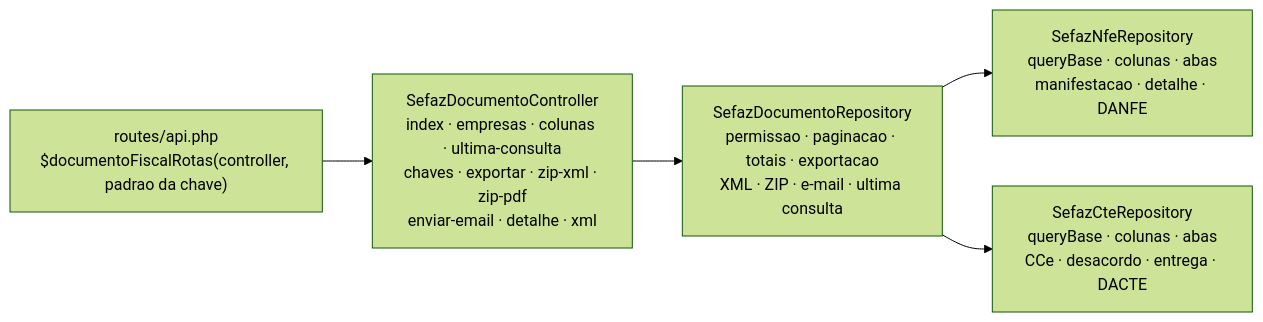
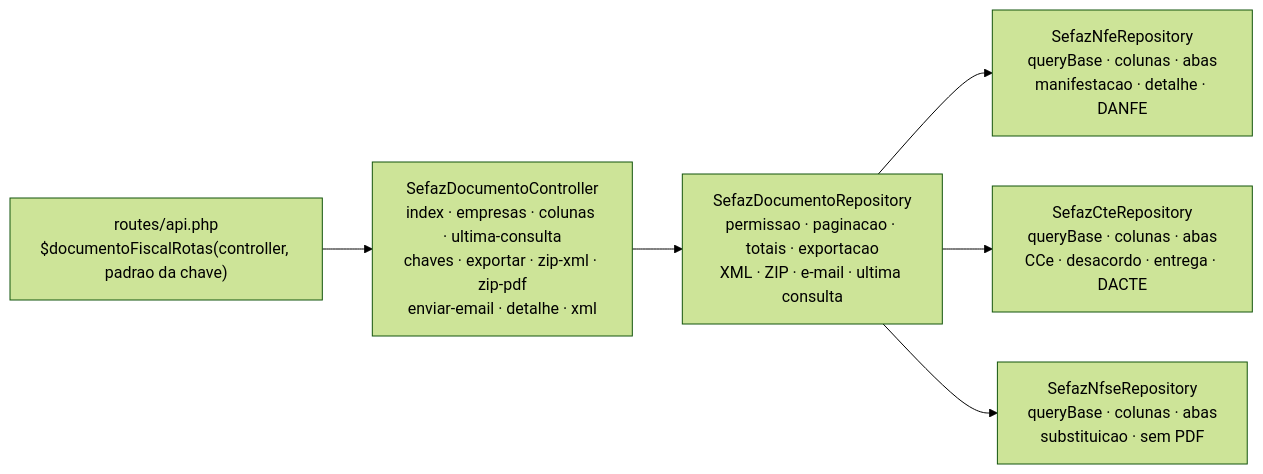
Before and after one commit to jbmchd/dpc-claude-folder: the second of 2 diagrams in docs/nfe_dfe/docs/05_dados-consumo-frontend.md, drawn with Mermaid (forest theme). The commit also changed other lines of this file and 2 other files, not shown here.

````diff
--- a/docs/nfe_dfe/docs/05_dados-consumo-frontend.md
+++ b/docs/nfe_dfe/docs/05_dados-consumo-frontend.md
@@ -206,7 +206,8 @@
 ```mermaid
 flowchart LR
     R["routes/api.php<br/>$documentoFiscalRotas(controller, padrao da chave)"] --> C["SefazDocumentoController<br/>index · empresas · colunas · ultima-consulta<br/>chaves · exportar · zip-xml · zip-pdf<br/>enviar-email · detalhe · xml"]
     C --> B["SefazDocumentoRepository<br/>permissao · paginacao · totais · exportacao<br/>XML · ZIP · e-mail · ultima consulta"]
     B --> N["SefazNfeRepository<br/>queryBase · colunas · abas<br/>manifestacao · detalhe · DANFE"]
     B --> T["SefazCteRepository<br/>queryBase · colunas · abas<br/>CCe · desacordo · entrega · DACTE"]
+    B --> S["SefazNfseRepository<br/>queryBase · colunas · abas<br/>substituicao · sem PDF"]
 ```
````
